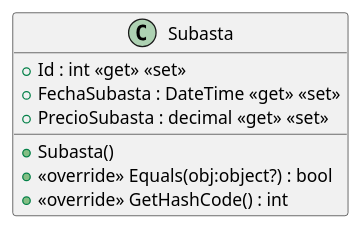
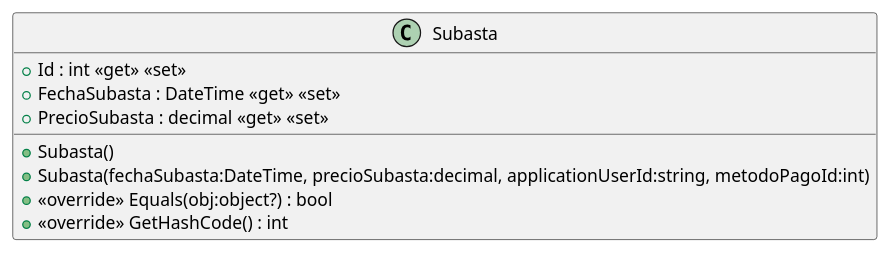
Before and after one commit to ISII2627NPA/ISII2627NPA: the diagram in src/AppForSEII.API/ClassDiagram/Subasta.puml, drawn with PlantUML. The commit also changed 1 other file, not shown here.

Commit message:
actualizar validaciones en Subasta.cs y sincronizar diagrama UML

```diff
--- a/src/AppForSEII.API/ClassDiagram/Subasta.puml
+++ b/src/AppForSEII.API/ClassDiagram/Subasta.puml
@@ -1,10 +1,11 @@
 @startuml
 class Subasta {
     + Id : int <<get>> <<set>>
     + FechaSubasta : DateTime <<get>> <<set>>
     + PrecioSubasta : decimal <<get>> <<set>>
     + Subasta()
+    + Subasta(fechaSubasta:DateTime, precioSubasta:decimal, applicationUserId:string, metodoPagoId:int)
     + <<override>> Equals(obj:object?) : bool
     + <<override>> GetHashCode() : int
 }
 @enduml
```
